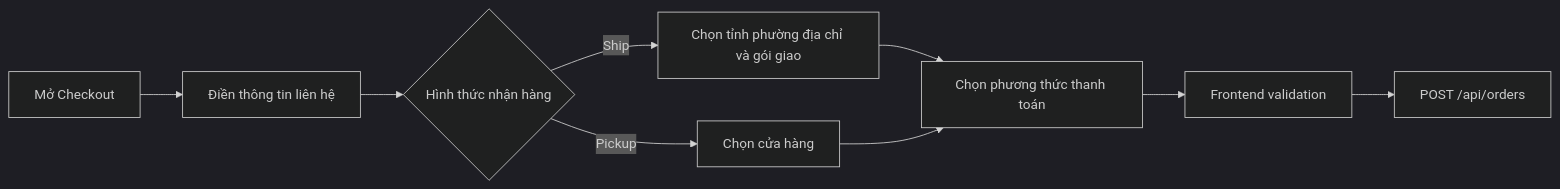
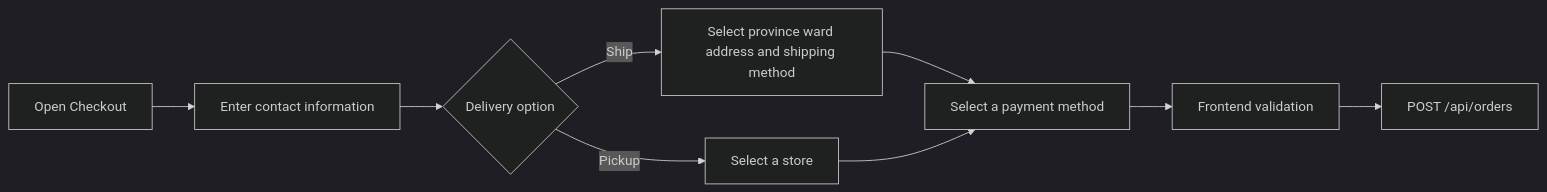
The first of 2 diagrams in docs/checkout-flow.md (Henhhh/Web_29GG), drawn with Mermaid (dark theme) before and after one commit. The commit also changed other lines of this file and 5 other files, not shown here.

````diff
--- a/docs/checkout-flow.md
+++ b/docs/checkout-flow.md
@@ -43,11 +43,11 @@
 ```mermaid
 flowchart LR
-    A[Mở Checkout] --> B[Điền thông tin liên hệ]
-    B --> C{Hình thức nhận hàng}
-    C -- Ship --> D[Chọn tỉnh phường địa chỉ và gói giao]
-    C -- Pickup --> E[Chọn cửa hàng]
-    D --> F[Chọn phương thức thanh toán]
+    A[Open Checkout] --> B[Enter contact information]
+    B --> C{Delivery option}
+    C -- Ship --> D[Select province ward address and shipping method]
+    C -- Pickup --> E[Select a store]
+    D --> F[Select a payment method]
     E --> F
     F --> G[Frontend validation]
     G --> H[POST /api/orders]
 ```
````
